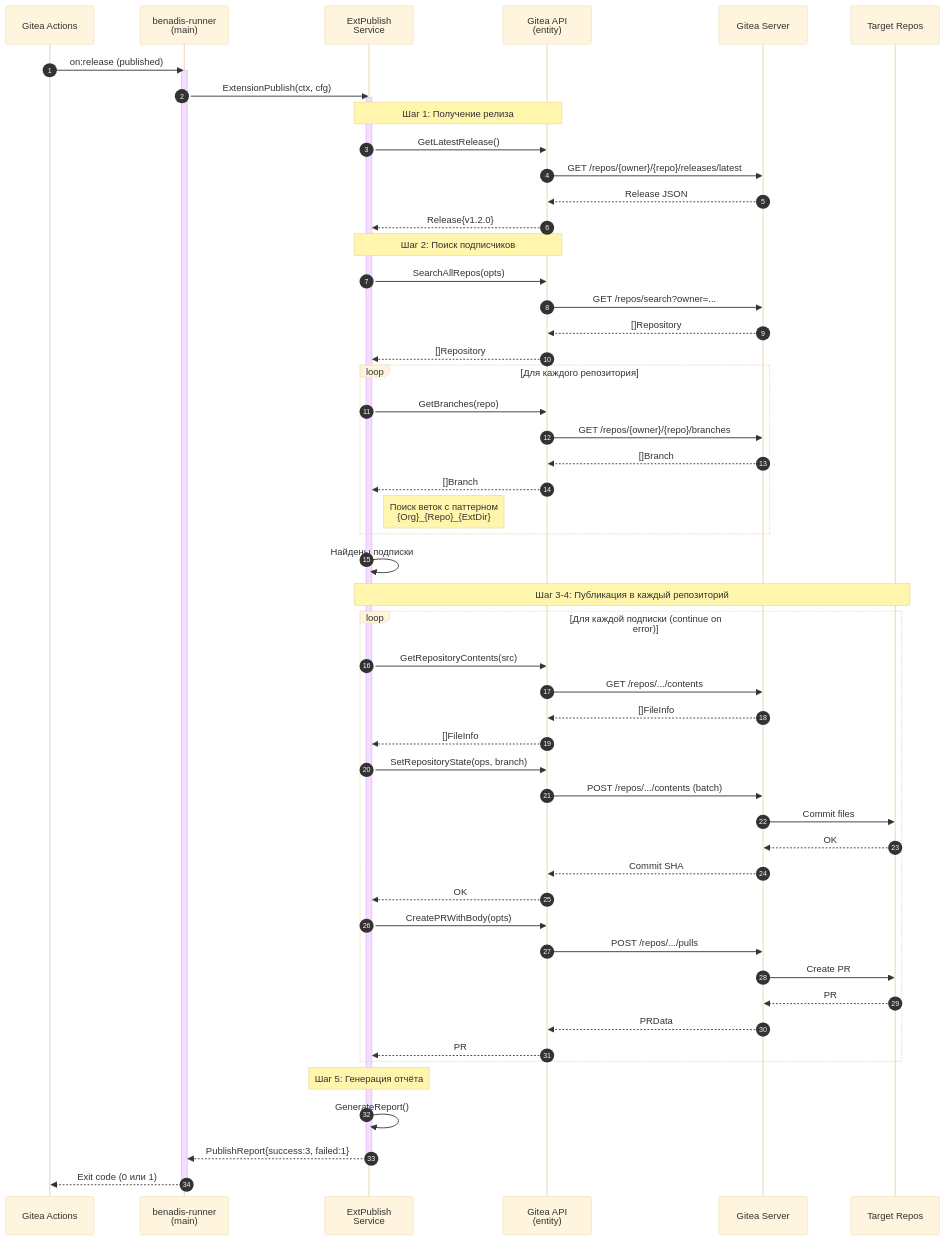
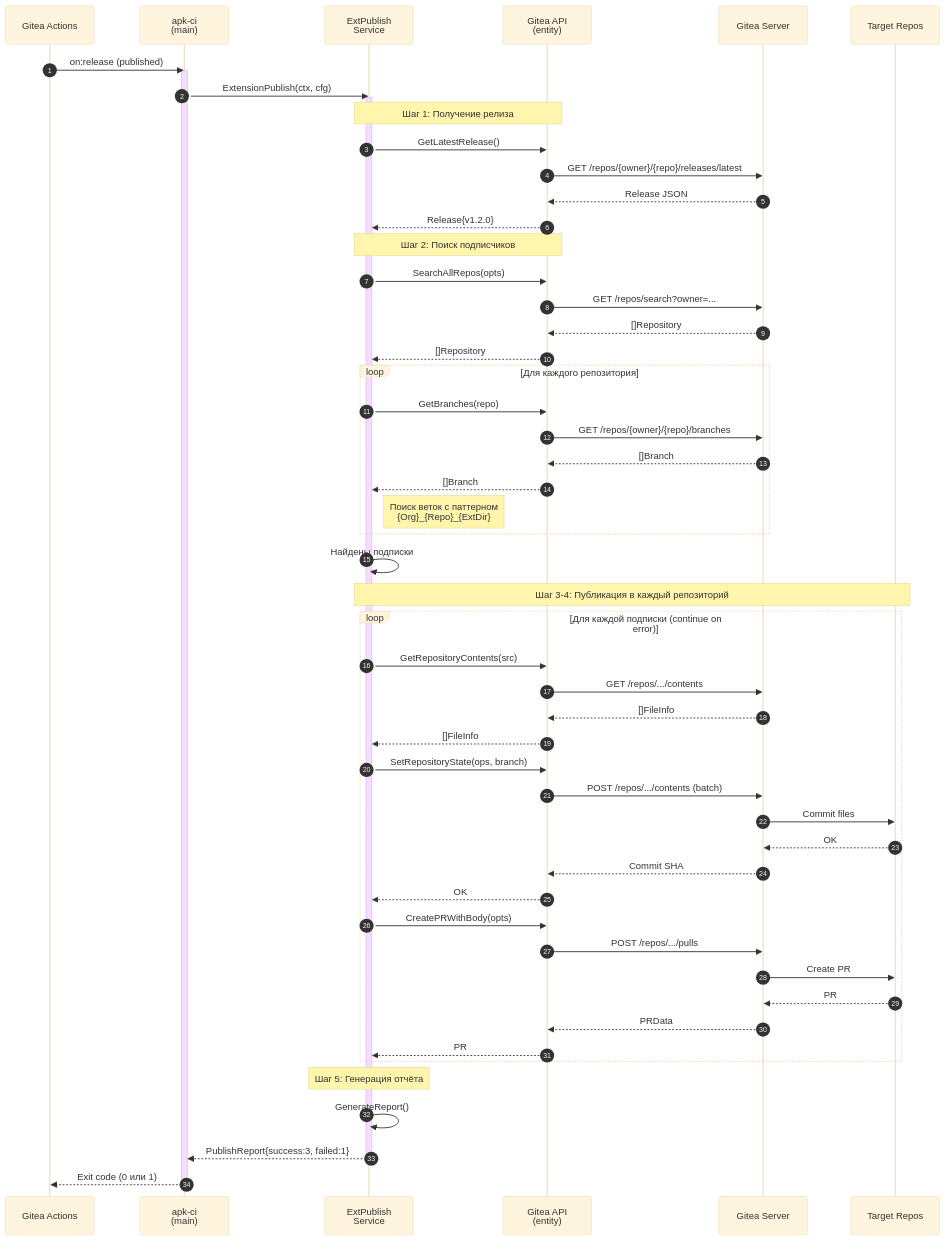
The sixth of 7 diagrams in _bmad-output/implementation-artifacts/sprint-artifacts/arch-epic-0-extension-publish.md (Kargones/apk-ci), drawn with Mermaid (base theme) before and after one commit. The commit also changed other lines of this file and 189 other files, not shown here.

Commit message:
Замена benadis-runner на apk-ci.

````diff
--- a/_bmad-output/implementation-artifacts/sprint-artifacts/arch-epic-0-extension-publish.md
+++ b/_bmad-output/implementation-artifacts/sprint-artifacts/arch-epic-0-extension-publish.md
@@ -598,68 +598,68 @@
 ```mermaid
 sequenceDiagram
     autonumber
     participant GA as Gitea Actions
-    participant Main as benadis-runner<br/>(main)
+    participant Main as apk-ci<br/>(main)
     participant Svc as ExtPublish<br/>Service
     participant API as Gitea API<br/>(entity)
     participant Server as Gitea Server
     participant Target as Target Repos
 
     GA->>Main: on:release (published)
     activate Main
     Main->>Svc: ExtensionPublish(ctx, cfg)
     activate Svc
 
     Note over Svc,API: Шаг 1: Получение релиза
     Svc->>API: GetLatestRelease()
     API->>Server: GET /repos/{owner}/{repo}/releases/latest
     Server-->>API: Release JSON
     API-->>Svc: Release{v1.2.0}
 
     Note over Svc,API: Шаг 2: Поиск подписчиков
     Svc->>API: SearchAllRepos(opts)
     API->>Server: GET /repos/search?owner=...
     Server-->>API: []Repository
     API-->>Svc: []Repository
 
     loop Для каждого репозитория
         Svc->>API: GetBranches(repo)
         API->>Server: GET /repos/{owner}/{repo}/branches
         Server-->>API: []Branch
         API-->>Svc: []Branch
         Note right of Svc: Поиск веток с паттерном<br/>{Org}_{Repo}_{ExtDir}
     end
 
     Svc->>Svc: Найдены подписки
 
     Note over Svc,Target: Шаг 3-4: Публикация в каждый репозиторий
     loop Для каждой подписки (continue on error)
         Svc->>API: GetRepositoryContents(src)
         API->>Server: GET /repos/.../contents
         Server-->>API: []FileInfo
         API-->>Svc: []FileInfo
 
         Svc->>API: SetRepositoryState(ops, branch)
         API->>Server: POST /repos/.../contents (batch)
         Server->>Target: Commit files
         Target-->>Server: OK
         Server-->>API: Commit SHA
         API-->>Svc: OK
 
         Svc->>API: CreatePRWithBody(opts)
         API->>Server: POST /repos/.../pulls
         Server->>Target: Create PR
         Target-->>Server: PR #123
         Server-->>API: PRData
         API-->>Svc: PR #123, URL
     end
 
     Note over Svc: Шаг 5: Генерация отчёта
     Svc->>Svc: GenerateReport()
 
     Svc-->>Main: PublishReport{success:3, failed:1}
     deactivate Svc
 
     Main-->>GA: Exit code (0 или 1)
     deactivate Main
 ```
````
